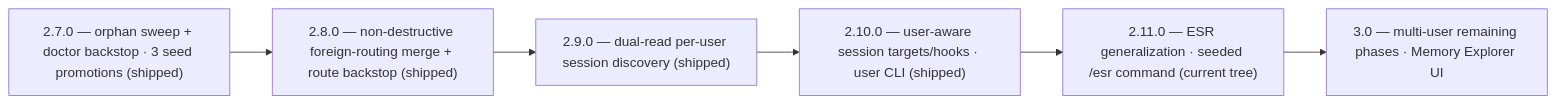
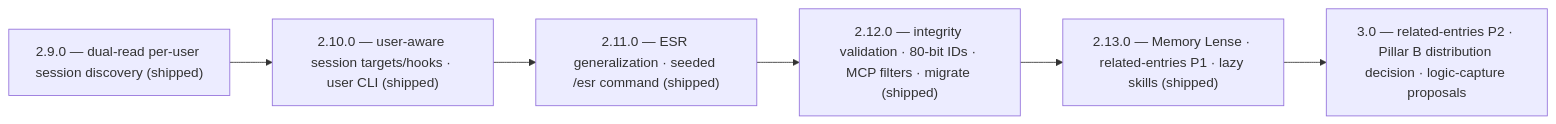
Before and after one commit to jnl-tshi/memory-seed: the eighth of 8 diagrams in docs/functionality-audit.md, drawn with Mermaid. The commit also changed other lines of this file and 15 other files, not shown here.

````diff
--- a/docs/functionality-audit.md
+++ b/docs/functionality-audit.md
@@ -371,10 +398,10 @@
 ```mermaid
 graph LR
-  V27["2.7.0 — orphan sweep + doctor backstop · 3 seed promotions (shipped)"]
-  V28["2.8.0 — non-destructive foreign-routing merge + route backstop (shipped)"]
   V29["2.9.0 — dual-read per-user session discovery (shipped)"]
   V210["2.10.0 — user-aware session targets/hooks · user CLI (shipped)"]
-  V211["2.11.0 — ESR generalization · seeded /esr command (current tree)"]
-  V30["3.0 — multi-user remaining phases · Memory Explorer UI"]
-  V27 --> V28 --> V29 --> V210 --> V211 --> V30
+  V211["2.11.0 — ESR generalization · seeded /esr command (shipped)"]
+  V212["2.12.0 — integrity validation · 80-bit IDs · MCP filters · migrate (shipped)"]
+  V213["2.13.0 — Memory Lense · related-entries P1 · lazy skills (shipped)"]
+  V30["3.0 — related-entries P2 · Pillar B distribution decision · logic-capture proposals"]
+  V29 --> V210 --> V211 --> V212 --> V213 --> V30
 ```
````
